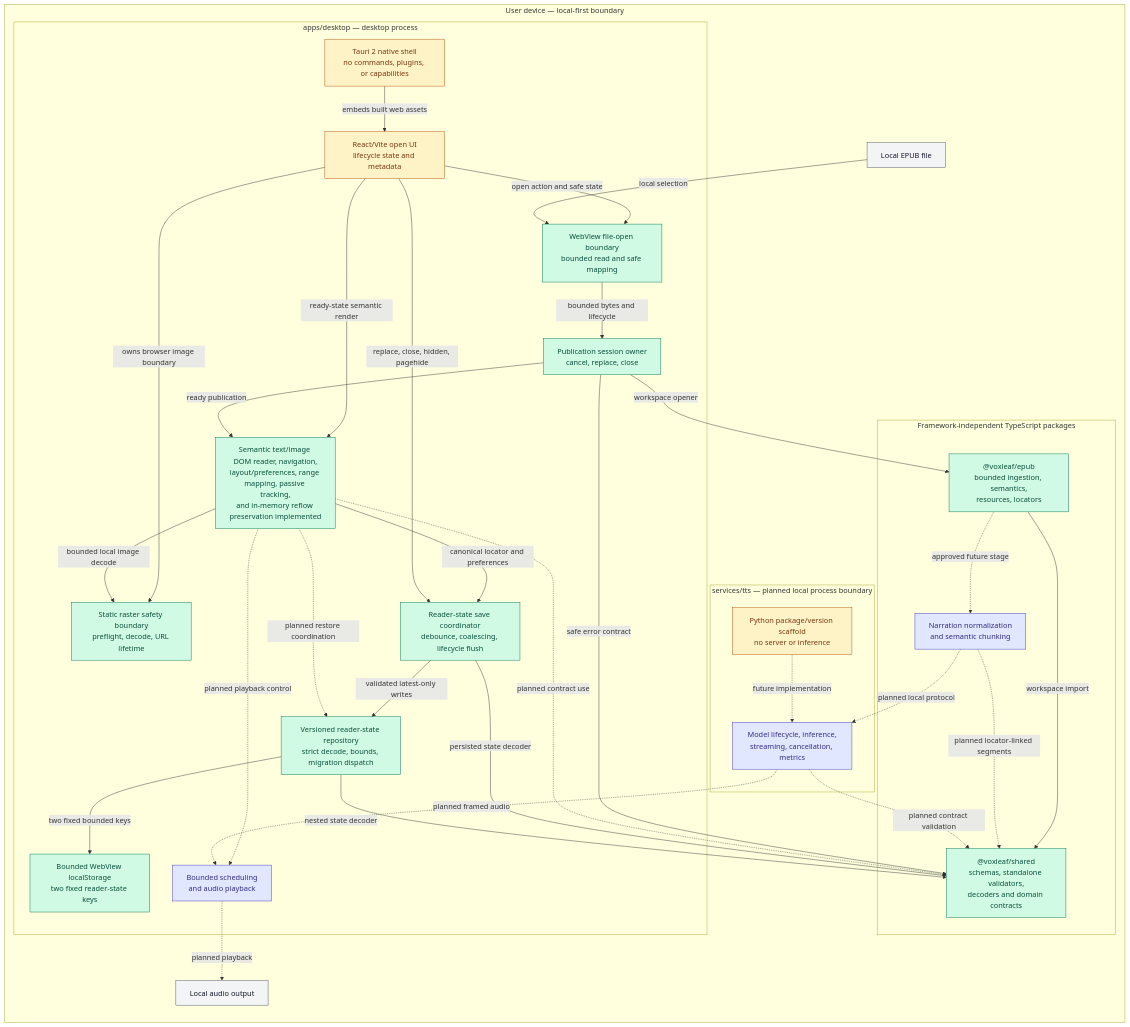
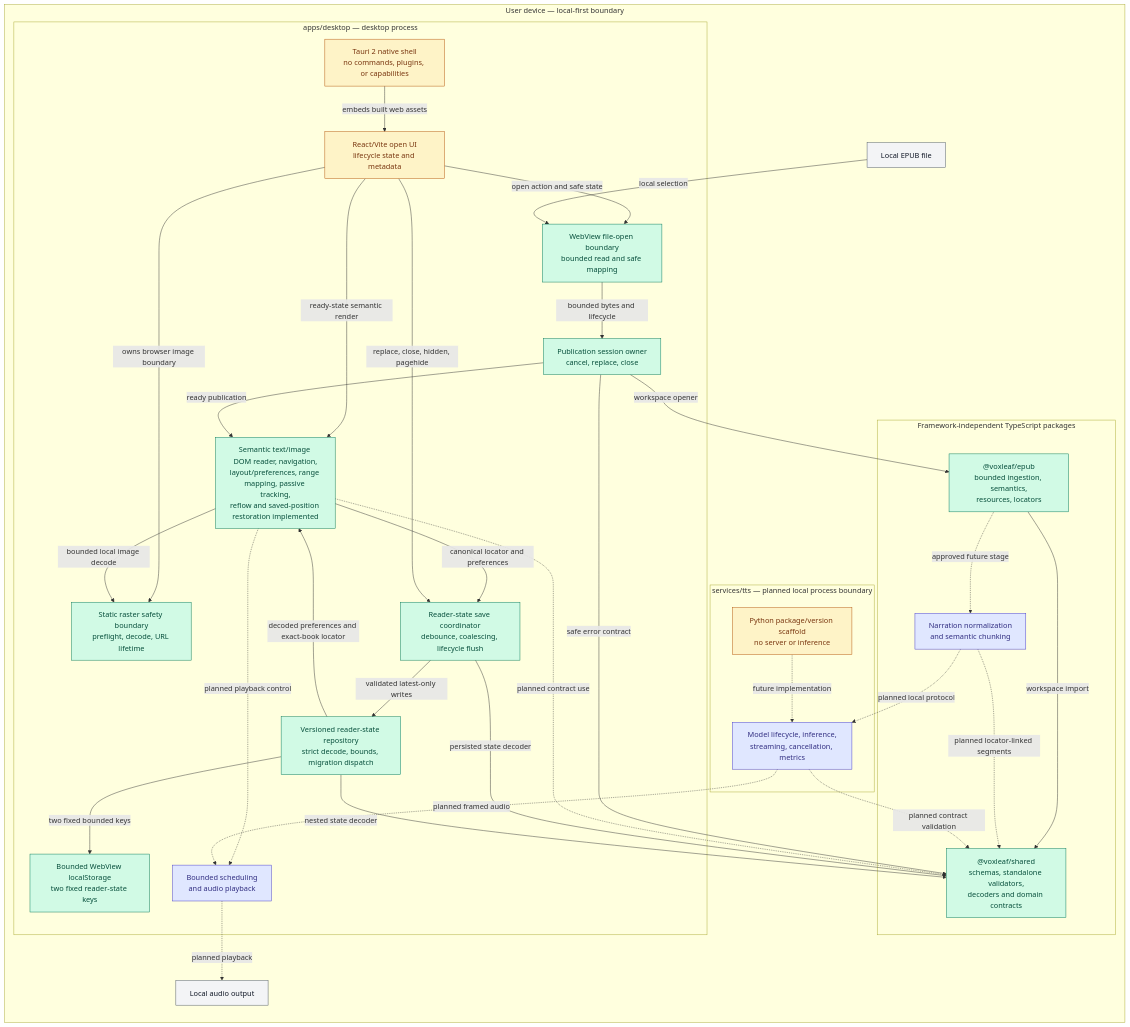
One commit to mmjosedaniel/voxleaf changed the first of 2 diagrams in docs/architecture/system-diagram.md. Above: the diagram before and after it, drawn with Mermaid. The commit also changed other lines of this file and 18 other files, not shown here.

Commit message:
feat(reader): restore exact position on open (#68)

````diff
--- a/docs/architecture/system-diagram.md
+++ b/docs/architecture/system-diagram.md
@@ -24,64 +24,64 @@
 ```mermaid
 flowchart LR
   classDef implemented fill:#d1fae5,stroke:#047857,color:#064e3b
   classDef partial fill:#fef3c7,stroke:#b45309,color:#78350f
   classDef planned fill:#e0e7ff,stroke:#4338ca,color:#312e81
   classDef external fill:#f3f4f6,stroke:#4b5563,color:#111827
 
   subgraph device["User device — local-first boundary"]
     epubFile["Local EPUB file"]:::external
     audioDevice["Local audio output"]:::external
     readingStore["Bounded WebView localStorage<br/>two fixed reader-state keys"]:::implemented
 
     subgraph desktop["apps/desktop — desktop process"]
       nativeShell["Tauri 2 native shell<br/>no commands, plugins, or capabilities"]:::partial
       webShell["React/Vite open UI<br/>lifecycle state and metadata"]:::partial
       fileBoundary["WebView file-open boundary<br/>bounded read and safe mapping"]:::implemented
       rasterBoundary["Static raster safety boundary<br/>preflight, decode, URL lifetime"]:::implemented
       publicationSession["Publication session owner<br/>cancel, replace, close"]:::implemented
-      reader["Semantic text/image DOM reader, navigation,<br/>layout/preferences, range mapping, passive tracking,<br/>and in-memory reflow preservation implemented"]:::implemented
+      reader["Semantic text/image DOM reader, navigation,<br/>layout/preferences, range mapping, passive tracking,<br/>reflow and saved-position restoration implemented"]:::implemented
       saveCoordinator["Reader-state save coordinator<br/>debounce, coalescing, lifecycle flush"]:::implemented
       stateRepository["Versioned reader-state repository<br/>strict decode, bounds, migration dispatch"]:::implemented
       player["Bounded scheduling<br/>and audio playback"]:::planned
       nativeShell -->|embeds built web assets| webShell
       webShell -->|open action and safe state| fileBoundary
       webShell -->|owns browser image boundary| rasterBoundary
       webShell -->|ready-state semantic render| reader
       fileBoundary -->|bounded bytes and lifecycle| publicationSession
       publicationSession -->|ready publication| reader
       reader -->|bounded local image decode| rasterBoundary
       reader -->|canonical locator and preferences| saveCoordinator
       webShell -->|replace, close, hidden, pagehide| saveCoordinator
       saveCoordinator -->|validated latest-only writes| stateRepository
       stateRepository -->|two fixed bounded keys| readingStore
       reader -. planned playback control .-> player
     end
 
     subgraph libraries["Framework-independent TypeScript packages"]
       shared["@voxleaf/shared<br/>schemas, standalone validators,<br/>decoders and domain contracts"]:::implemented
       epub["@voxleaf/epub<br/>bounded ingestion, semantics,<br/>resources, locators"]:::implemented
       narration["Narration normalization<br/>and semantic chunking"]:::planned
       epub -->|workspace import| shared
       epub -. approved future stage .-> narration
     end
 
     subgraph tts["services/tts — planned local process boundary"]
       ttsFoundation["Python package/version scaffold<br/>no server or inference"]:::partial
       ttsRuntime["Model lifecycle, inference,<br/>streaming, cancellation, metrics"]:::planned
       ttsFoundation -. future implementation .-> ttsRuntime
     end
   end
 
   epubFile -->|local selection| fileBoundary
   publicationSession -->|workspace opener| epub
   publicationSession -->|safe error contract| shared
   reader -. planned contract use .-> shared
   saveCoordinator -->|persisted state decoder| shared
   stateRepository -->|nested state decoder| shared
-  reader -. planned restore coordination .-> stateRepository
+  stateRepository -->|decoded preferences and exact-book locator| reader
   narration -. planned locator-linked segments .-> shared
   narration -. planned local protocol .-> ttsRuntime
   ttsRuntime -. planned contract validation .-> shared
   ttsRuntime -. planned framed audio .-> player
   player -. planned playback .-> audioDevice
 ```
````
